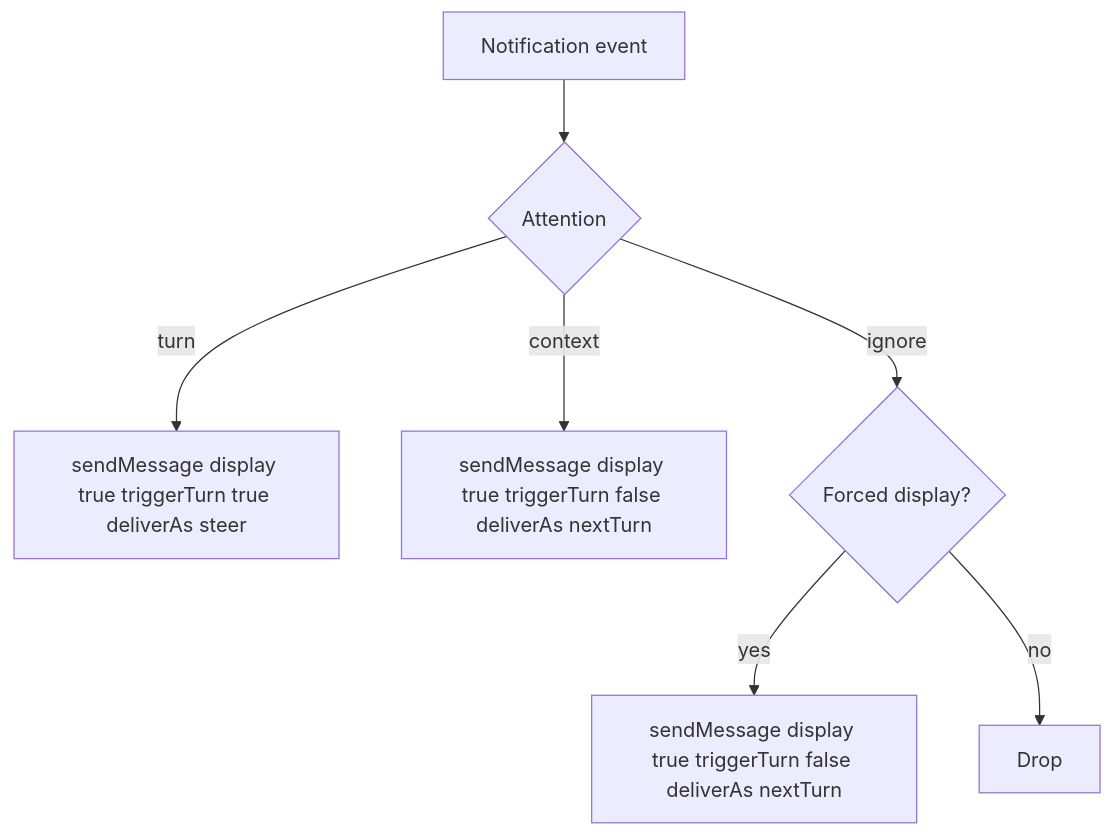
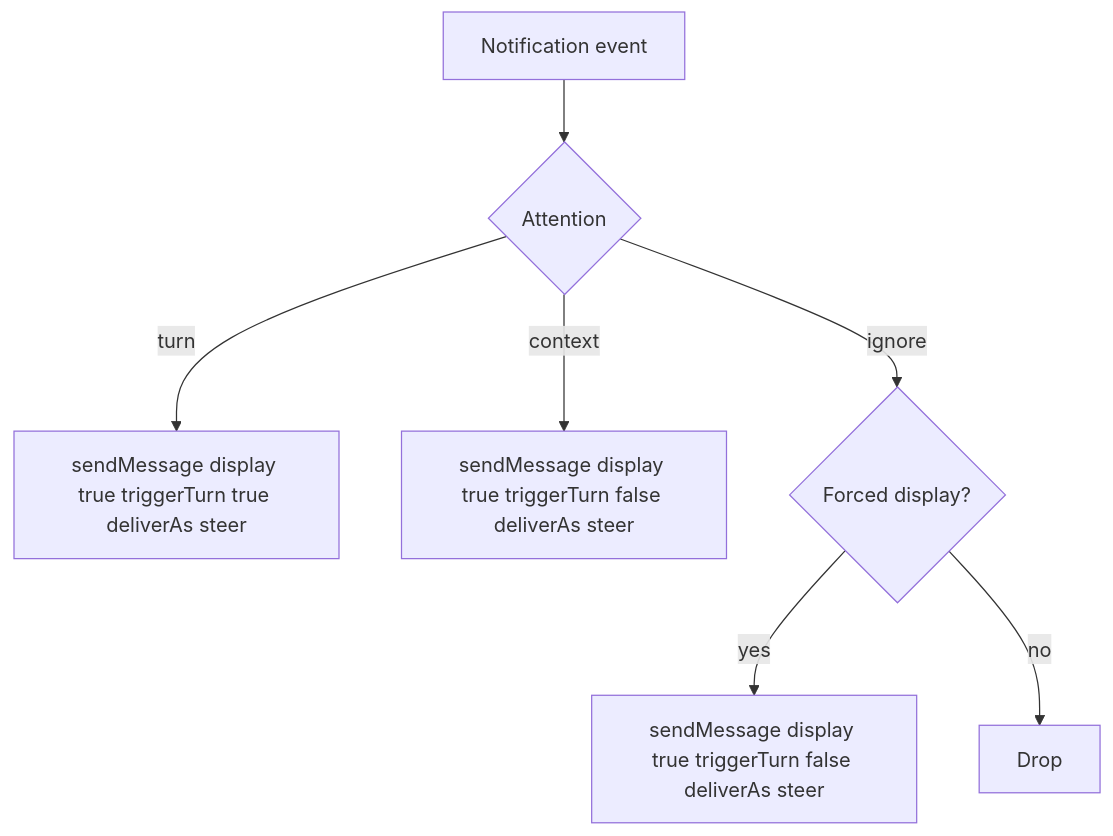
One commit to aliou/pi-processes changed the second of 2 diagrams in docs/process-notifications-plan.md. Above: the diagram before and after it, drawn with Mermaid. The commit also changed other lines of this file and 3 other files, not shown here.

Commit message:
fix: deliver process context notifications promptly

````diff
--- a/docs/process-notifications-plan.md
+++ b/docs/process-notifications-plan.md
@@ -457,9 +457,9 @@
 ```mermaid
 flowchart TD
   E[Notification event] --> A{Attention}
   A -->|turn| T[sendMessage display true triggerTurn true deliverAs steer]
-  A -->|context| C[sendMessage display true triggerTurn false deliverAs nextTurn]
+  A -->|context| C[sendMessage display true triggerTurn false deliverAs steer]
   A -->|ignore| I{Forced display?}
-  I -->|yes| D[sendMessage display true triggerTurn false deliverAs nextTurn]
+  I -->|yes| D[sendMessage display true triggerTurn false deliverAs steer]
   I -->|no| Drop[Drop]
 ```
````
